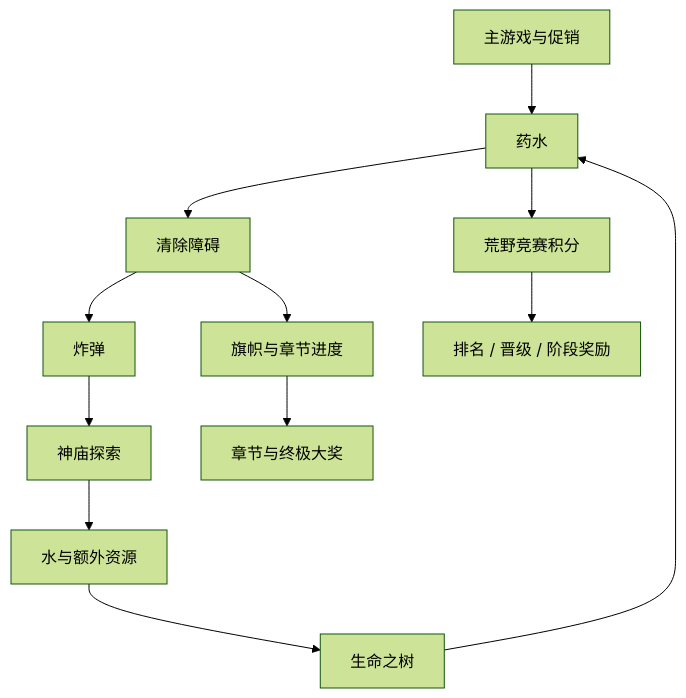
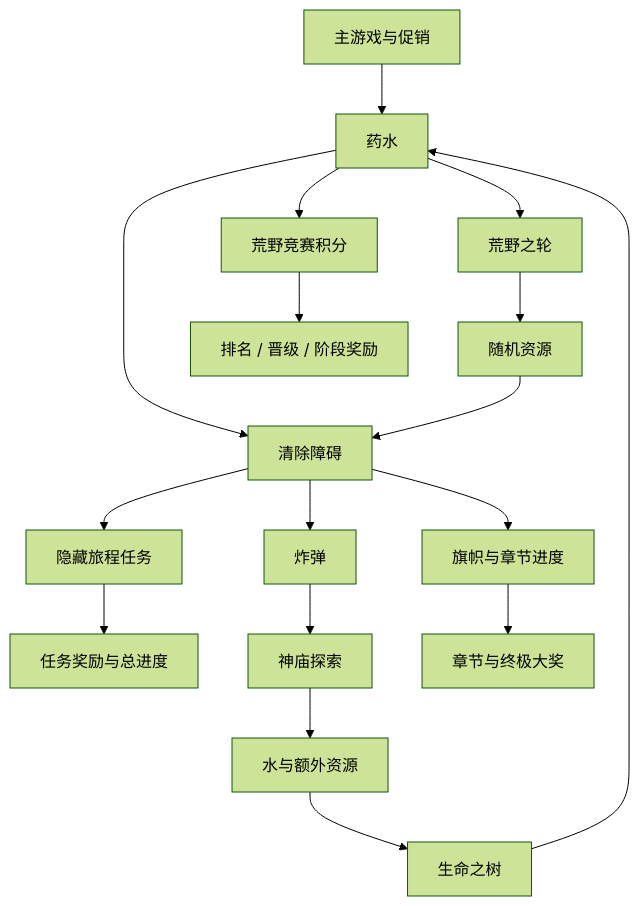
Before and after one commit to fantasticdzw/Coin-Master-Teardown: the first of 8 diagrams in wildland-adventure-report.md, drawn with Mermaid (forest theme). The commit also changed other lines of this file and 3 other files, not shown here.

````diff
--- a/wildland-adventure-report.md
+++ b/wildland-adventure-report.md
@@ -27,14 +29,19 @@
 ```mermaid
 flowchart TD
     A[主游戏与促销] --> P[药水]
     P --> M[清除障碍]
     M --> F[旗帜与章节进度]
     M --> B[炸弹]
+    M --> J[隐藏旅程任务]
+    J --> JR[任务奖励与总进度]
     B --> T[神庙探索]
     T --> W[水与额外资源]
     W --> L[生命之树]
     L --> P
+    P --> WH[荒野之轮]
+    WH --> X[随机资源]
+    X --> M
     P --> R[荒野竞赛积分]
     R --> RR[排名 / 晋级 / 阶段奖励]
     F --> ER[章节与终极大奖]
 ```
````
